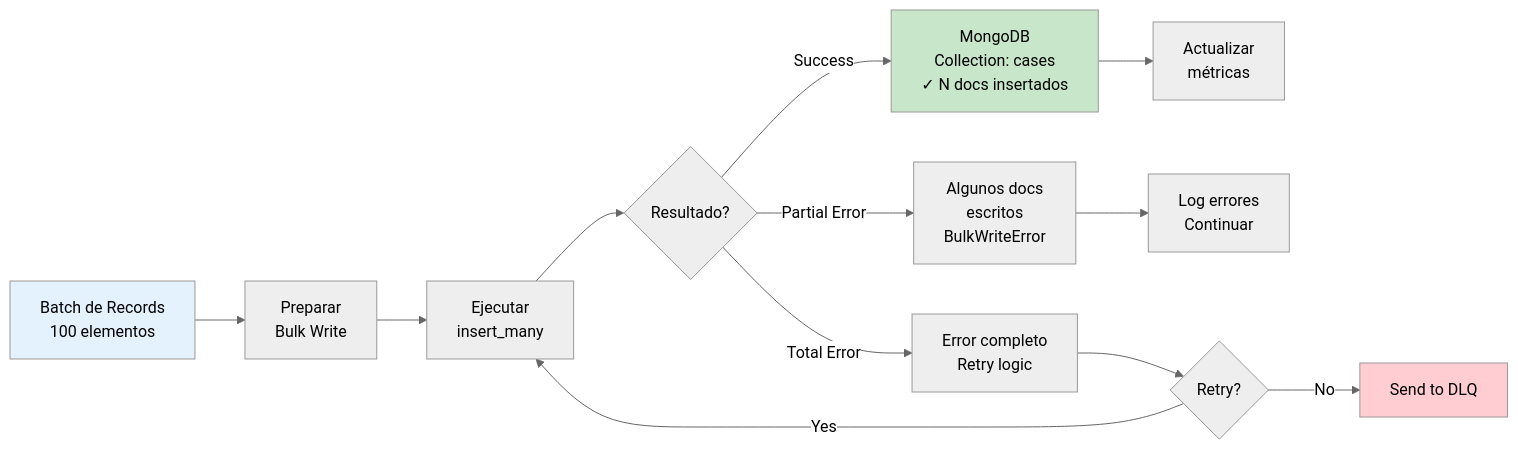
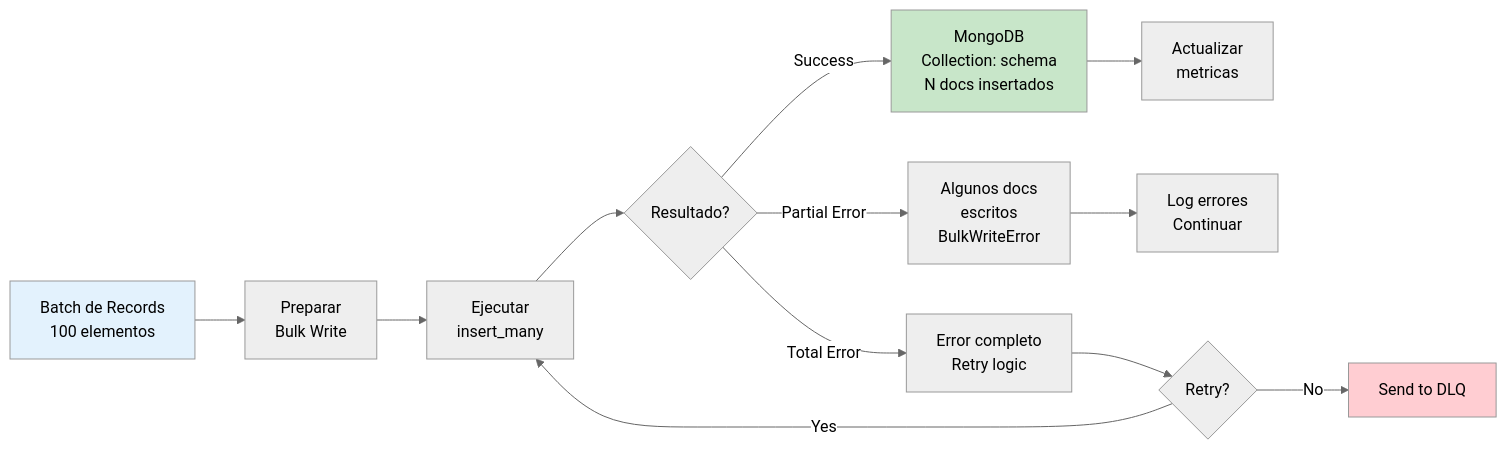
The sixth of 9 diagrams in README.md (arthur8davis/tfm-dataflow-architecture), drawn with Mermaid (neutral theme) before and after one commit. The commit also changed other lines of this file and 9 other files, not shown here.

````diff
--- a/README.md
+++ b/README.md
@@ -249,23 +284,23 @@
 ```mermaid
 graph LR
     Batch[Batch de Records<br/>100 elementos] --> Prepare[Preparar<br/>Bulk Write]
 
     Prepare --> Execute[Ejecutar<br/>insert_many]
 
     Execute --> Check{Resultado?}
 
-    Check -->|Success| Success[MongoDB<br/>Collection: cases<br/>✓ N docs insertados]
+    Check -->|Success| Success[MongoDB<br/>Collection: schema<br/>N docs insertados]
     Check -->|Partial Error| Partial[Algunos docs<br/>escritos<br/>BulkWriteError]
     Check -->|Total Error| Error[Error completo<br/>Retry logic]
 
     Partial --> Log1[Log errores<br/>Continuar]
     Error --> Retry{Retry?}
     Retry -->|Yes| Execute
     Retry -->|No| DLQ[Send to DLQ]
 
-    Success --> Metrics[Actualizar<br/>métricas]
+    Success --> Metrics[Actualizar<br/>metricas]
 
     style Batch fill:#e3f2fd
     style Success fill:#c8e6c9
     style DLQ fill:#ffcdd2
 ```
````
